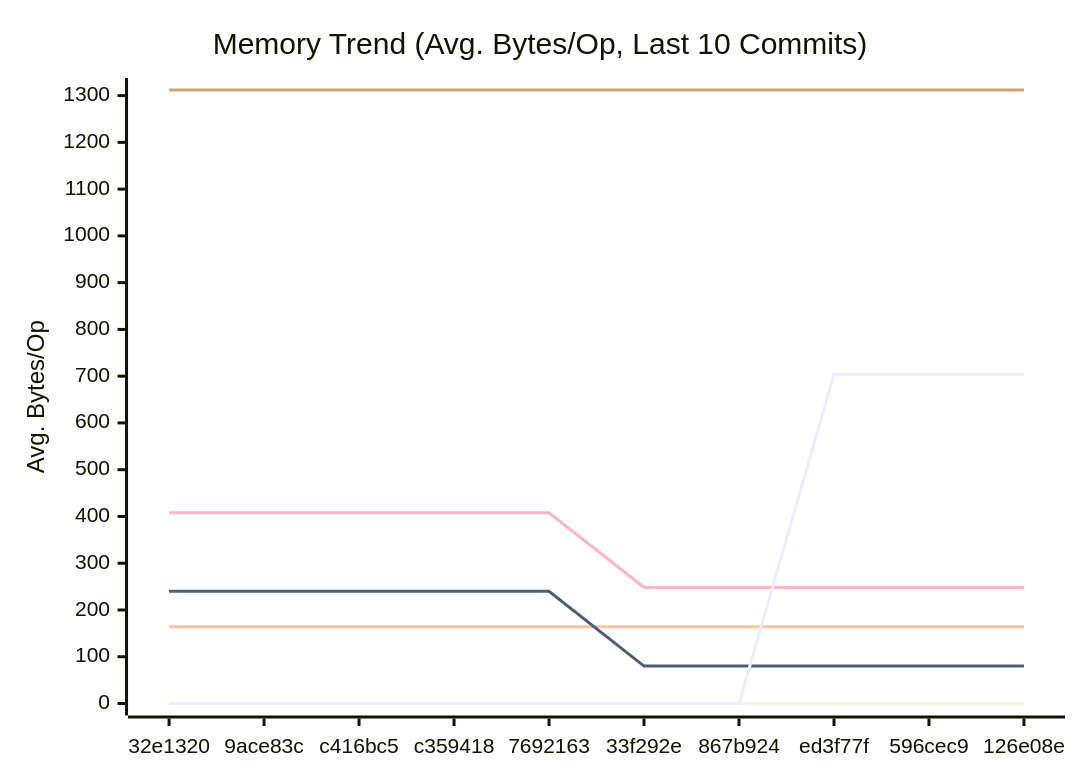
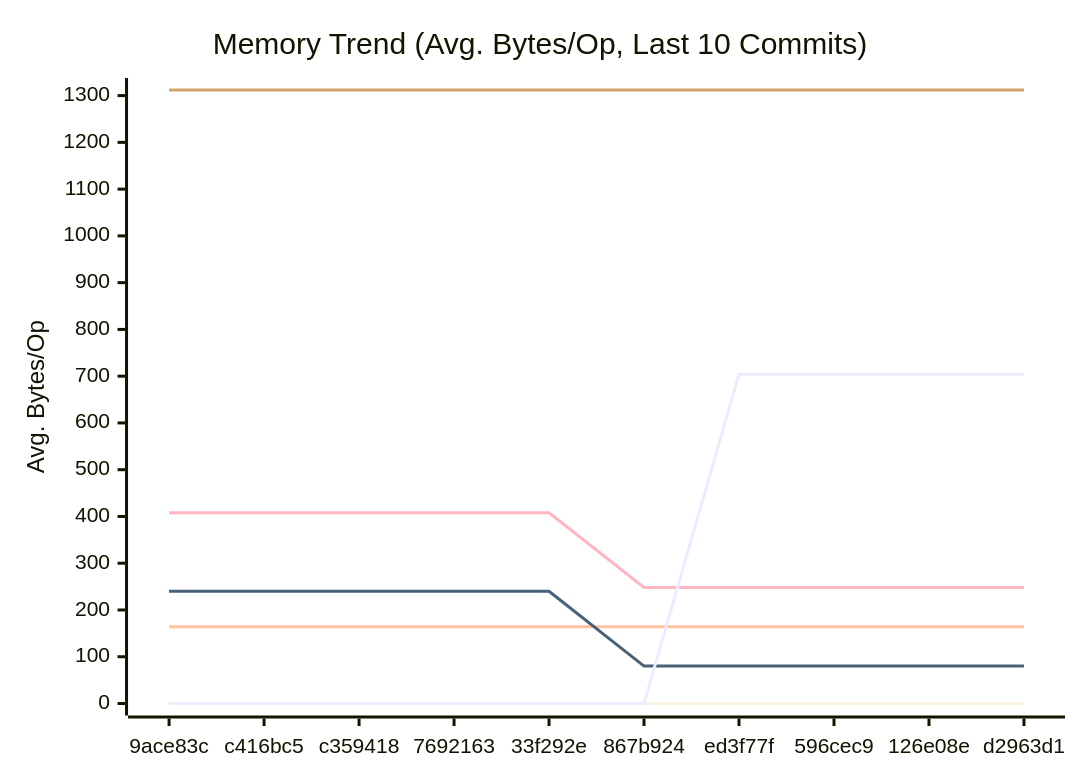
Before and after one commit to alsotoes/momo: the second of 3 diagrams in docs/PERFORMANCE.md, drawn with Mermaid. The commit also changed other lines of this file and 2 other files, not shown here.

````diff
--- a/docs/PERFORMANCE.md
+++ b/docs/PERFORMANCE.md
@@ -152,18 +152,18 @@
 ```mermaid
 xychart-beta
     title "Memory Trend (Avg. Bytes/Op, Last 10 Commits)"
     x-axis "Commit"
     y-axis "Avg. Bytes/Op"
-    x-axis [32e1320,9ace83c,c416bc5,c359418,7692163,33f292e,867b924,ed3f77f,596cec9,126e08e]
+    x-axis [9ace83c,c416bc5,c359418,7692163,33f292e,867b924,ed3f77f,596cec9,126e08e,d2963d1]
     line "CheckMetricsAndSwap" [0,0,0,0,0,0,0,0,0,0]
     line "CrushOptimized" [0,0,0,0,0,0,0,0,0,0]
     line "CrushOriginal" [164,164,164,164,164,164,164,164,164,164]
     line "IndexDirectTracking" [0,0,0,0,0,0,0,0,0,0]
     line "IndexSearch" [0,0,0,0,0,0,0,0,0,0]
     line "LoadGlobalConfig" [1312,1312,1312,1312,1312,1312,1312,1312,1312,1312]
     line "PadString" [0,0,0,0,0,0,0,0,0,0]
     line "ParseReplicationOrder_NoPrealloc" [408,408,408,408,408,248,248,248,248,248]
     line "ParseReplicationOrder_Prealloc" [240,240,240,240,240,80,80,80,80,80]
     line "SanitizeLog/Safe" [0,0,0,0,0,0,0,0,0,0]
-    line "SanitizeLog/Unsafe" [0,0,0,0,0,0,0,704,704,704]
+    line "SanitizeLog/Unsafe" [0,0,0,0,0,0,704,704,704,704]
 ```
````
